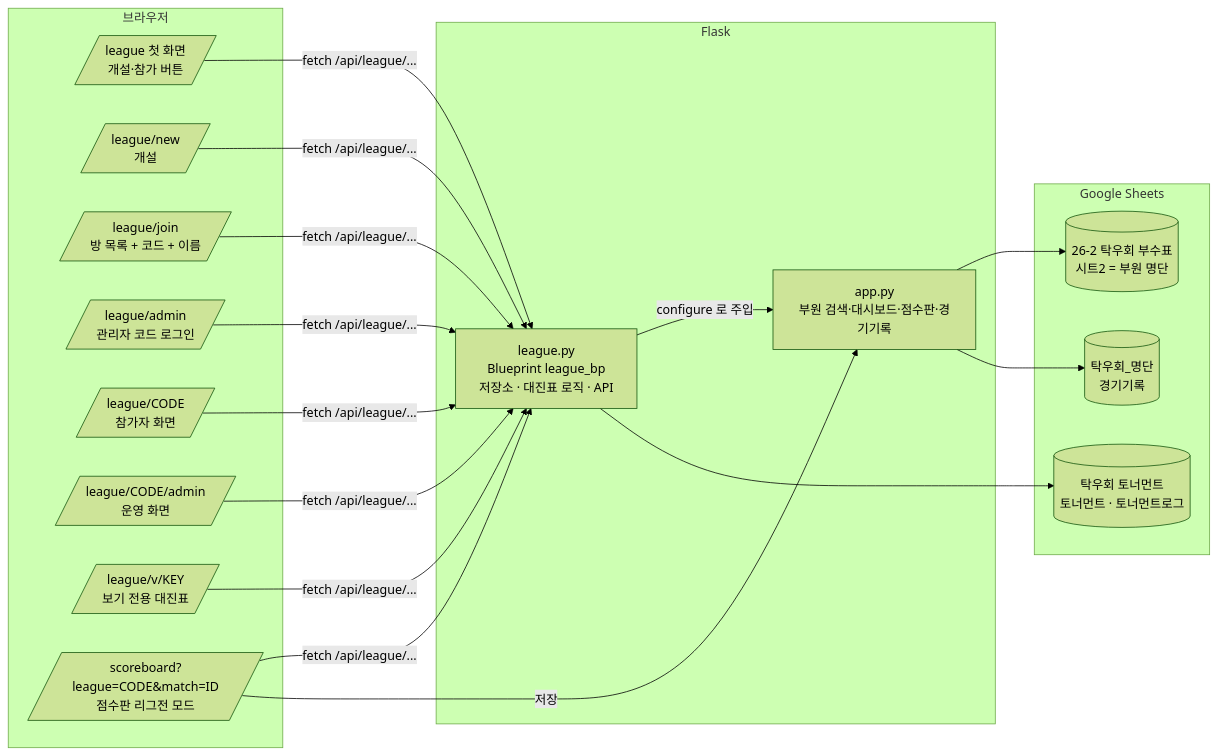
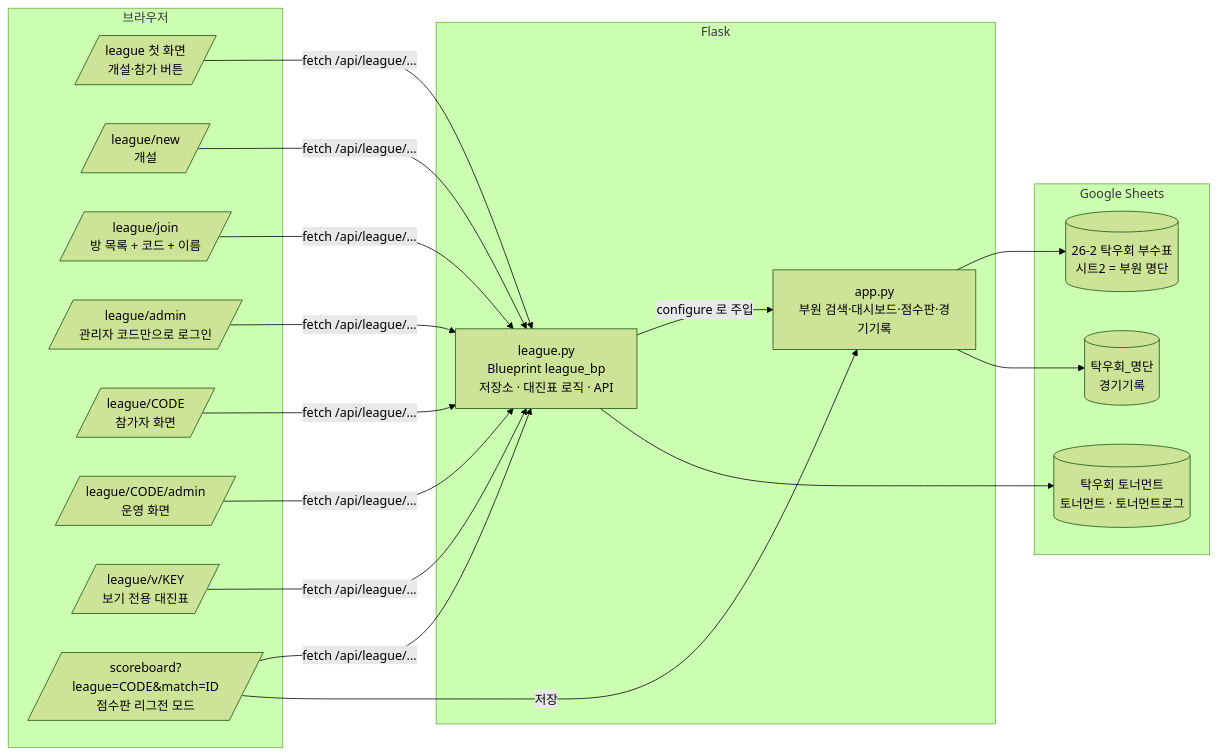
Before and after one commit to alsh02/Hanyang-University-ERICA-PingPong-Rank: the first of 2 diagrams in docs/league-handoff.md, drawn with Mermaid (forest theme). The commit also changed other lines of this file, not shown here.

Commit message:
Docs: Describe the drafting stage, join QR and admin-code login in the hand-off

````diff
--- a/docs/league-handoff.md
+++ b/docs/league-handoff.md
@@ -19,28 +19,28 @@
 ```mermaid
 flowchart LR
     subgraph 브라우저
         H[/league 첫 화면<br>개설·참가 버튼/]
         N[/league/new<br>개설/]
         J[/league/join<br>방 목록 + 코드 + 이름/]
-        A[/league/admin<br>관리자 코드 로그인/]
+        A[/league/admin<br>관리자 코드만으로 로그인/]
         R[/league/CODE<br>참가자 화면/]
         RA[/league/CODE/admin<br>운영 화면/]
         V[/league/v/KEY<br>보기 전용 대진표/]
         S[/scoreboard?league=CODE&match=ID<br>점수판 리그전 모드/]
     end
     subgraph Flask
         APP[app.py<br>부원 검색·대시보드·점수판·경기기록]
         LG[league.py<br>Blueprint league_bp<br>저장소 · 대진표 로직 · API]
     end
     subgraph "Google Sheets"
         M[(26-2 탁우회 부수표<br>시트2 = 부원 명단)]
         REC[(탁우회_명단<br>경기기록)]
         T[(탁우회 토너먼트<br>토너먼트 · 토너먼트로그)]
     end
     H & N & J & A & R & RA & V & S -->|fetch /api/league/...| LG
     S -->|저장| APP
     LG -->|configure 로 주입| APP
     APP --> M
     APP --> REC
     LG --> T
 ```
````
